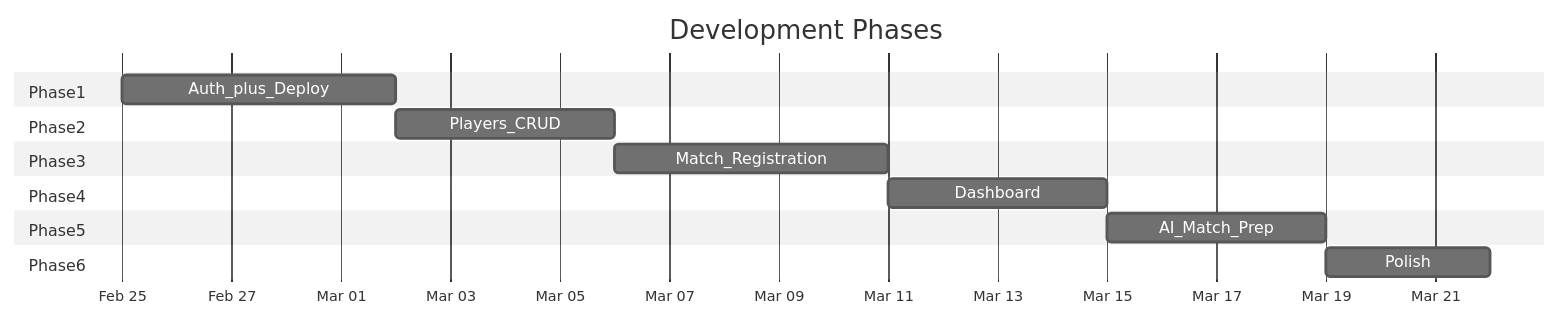
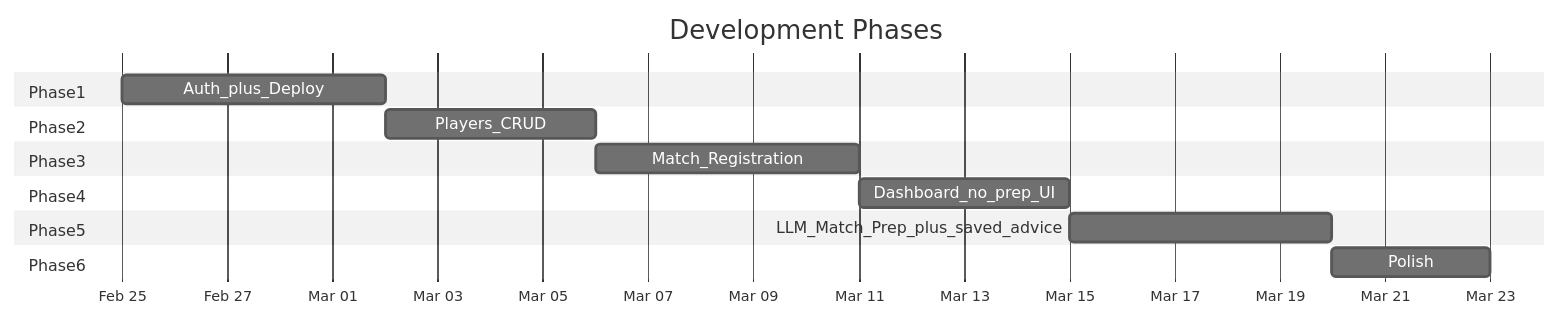
One commit to diegovallejoszan/tennis-match-tracker changed the third of 3 diagrams in docs/DEVELOPMENT_PLAN.md. Above: the diagram before and after it, drawn with Mermaid (neutral theme). The commit also changed other lines of this file and 11 other files, not shown here.

First line of the commit message:
refactor(prepare): hide match prep in phase 4, orient KB for LLM context

````diff
--- a/docs/DEVELOPMENT_PLAN.md
+++ b/docs/DEVELOPMENT_PLAN.md
@@ -224,24 +304,24 @@
 ```mermaid
 gantt
   title Development Phases
   dateFormat YYYY-MM-DD
   axisFormat %b %d
 
   section Phase1
   Auth_plus_Deploy :p1, 2026-02-25, 5d
 
   section Phase2
   Players_CRUD :p2, after p1, 4d
 
   section Phase3
   Match_Registration :p3, after p2, 5d
 
   section Phase4
-  Dashboard :p4, after p3, 4d
+  Dashboard_no_prep_UI :p4, after p3, 4d
 
   section Phase5
-  AI_Match_Prep :p5, after p4, 4d
+  LLM_Match_Prep_plus_saved_advice :p5, after p4, 5d
 
   section Phase6
   Polish :p6, after p5, 3d
 ```
````
